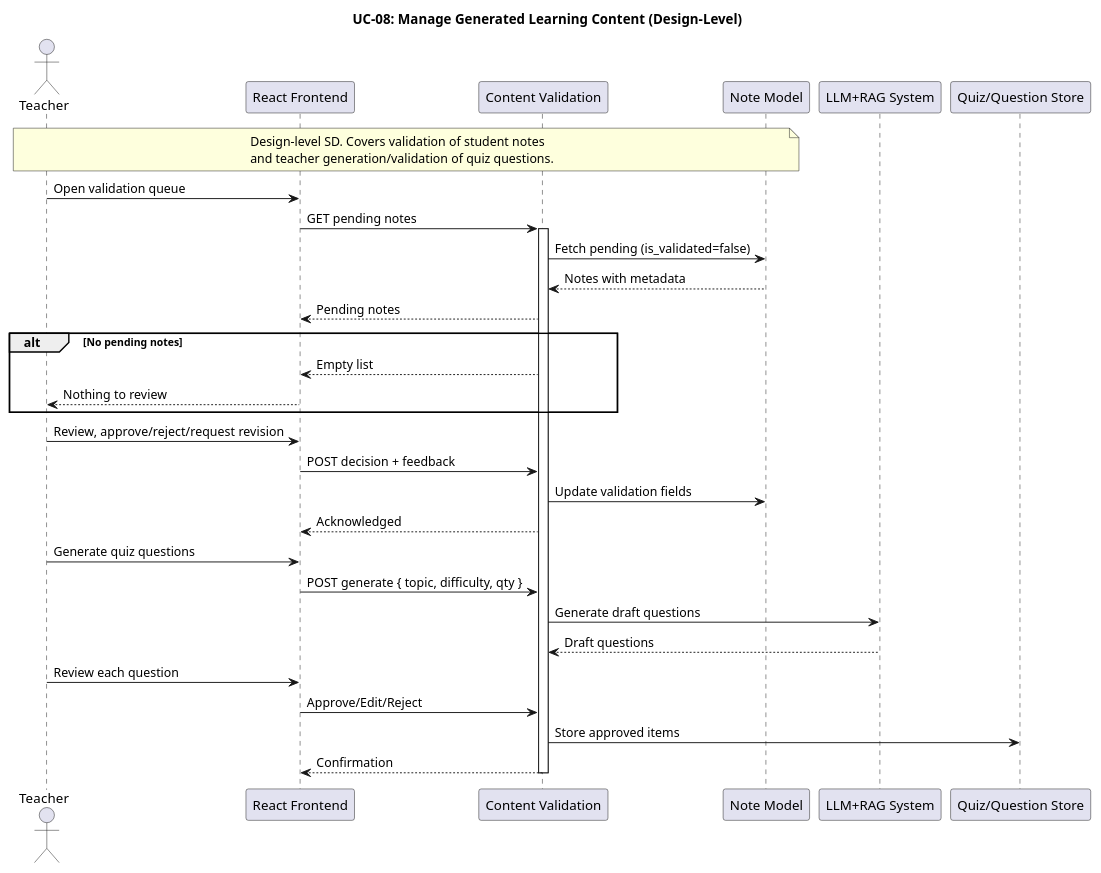
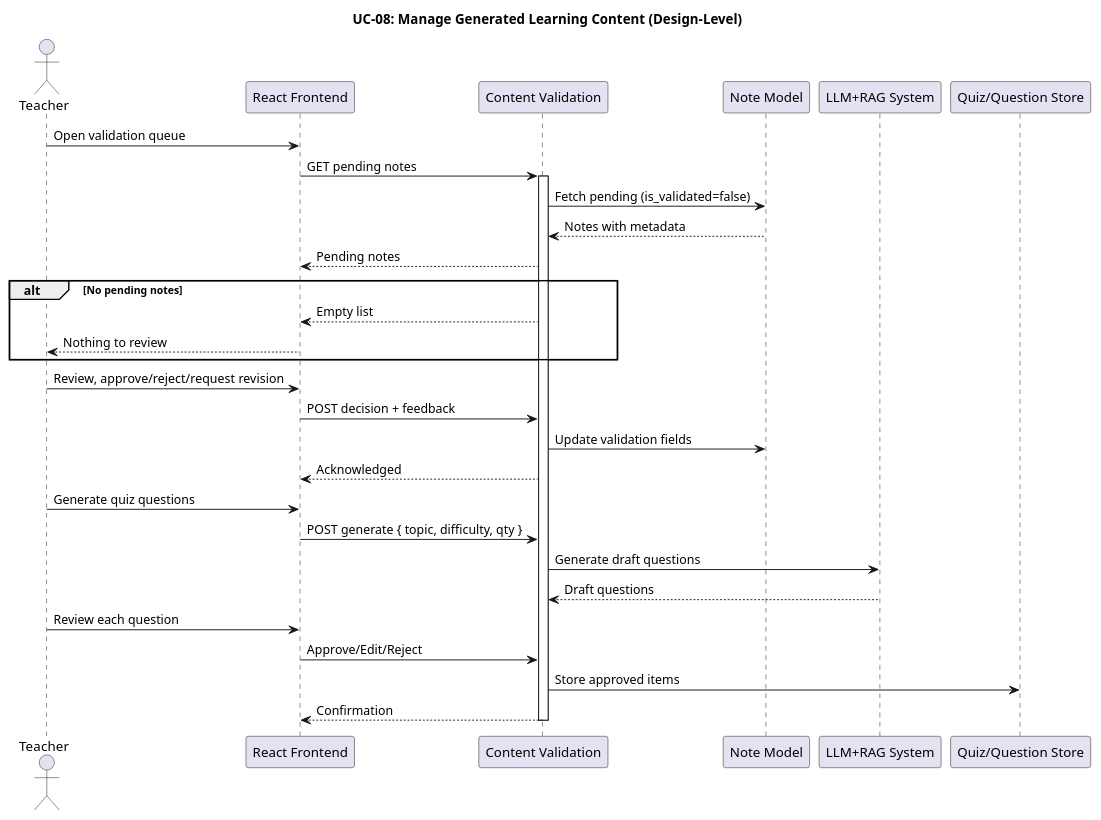
One commit to MMMustafakamran/SDs changed the diagram in planttext/uc08-manage-content.puml. Above: the diagram before and after it, drawn with PlantUML. The commit also changed 15 other files, not shown here.

```diff
--- a/planttext/uc08-manage-content.puml
+++ b/planttext/uc08-manage-content.puml
@@ -1,48 +1,44 @@
 @startuml
 title UC-08: Manage Generated Learning Content (Design-Level)
 
 actor Teacher
 participant Frontend as "React Frontend"
 participant ContentAPI as "Content Validation"
 participant Note as "Note Model"
 participant LLM as "LLM+RAG System"
 participant QuestionBank as "Quiz/Question Store"
 
-note over Teacher, Note
-Design-level SD. Covers validation of student notes
-and teacher generation/validation of quiz questions.
-end note
 
 '======================
 ' Validate student-submitted notes
 '======================
 Teacher -> Frontend : Open validation queue
 Frontend -> ContentAPI : GET pending notes
 activate ContentAPI
 ContentAPI -> Note : Fetch pending (is_validated=false)
 Note --> ContentAPI : Notes with metadata
 ContentAPI --> Frontend : Pending notes
 alt No pending notes
     ContentAPI --> Frontend : Empty list
     Frontend --> Teacher : Nothing to review
 end
 Teacher -> Frontend : Review, approve/reject/request revision
 Frontend -> ContentAPI : POST decision + feedback
 ContentAPI -> Note : Update validation fields
 ContentAPI --> Frontend : Acknowledged
 
 '======================
 ' Generate/validate quiz questions
 '======================
 Teacher -> Frontend : Generate quiz questions
 Frontend -> ContentAPI : POST generate { topic, difficulty, qty }
 ContentAPI -> LLM : Generate draft questions
 LLM --> ContentAPI : Draft questions
 Teacher -> Frontend : Review each question
 Frontend -> ContentAPI : Approve/Edit/Reject
 ContentAPI -> QuestionBank : Store approved items
 ContentAPI --> Frontend : Confirmation
 
 deactivate ContentAPI
 
 @enduml
```
